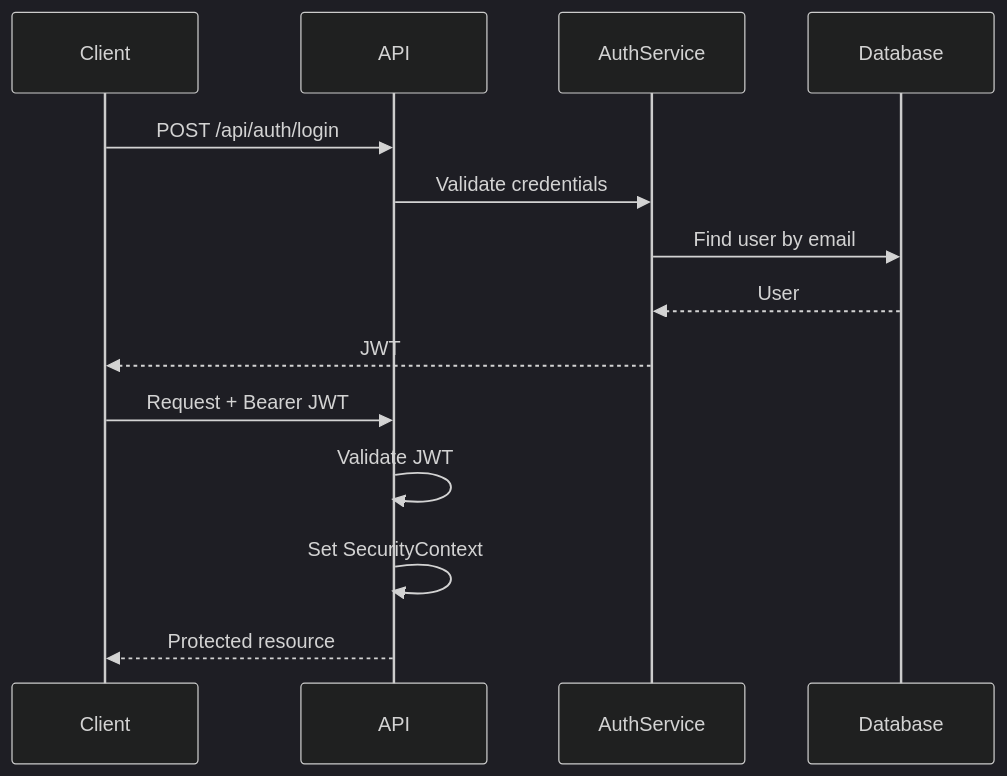
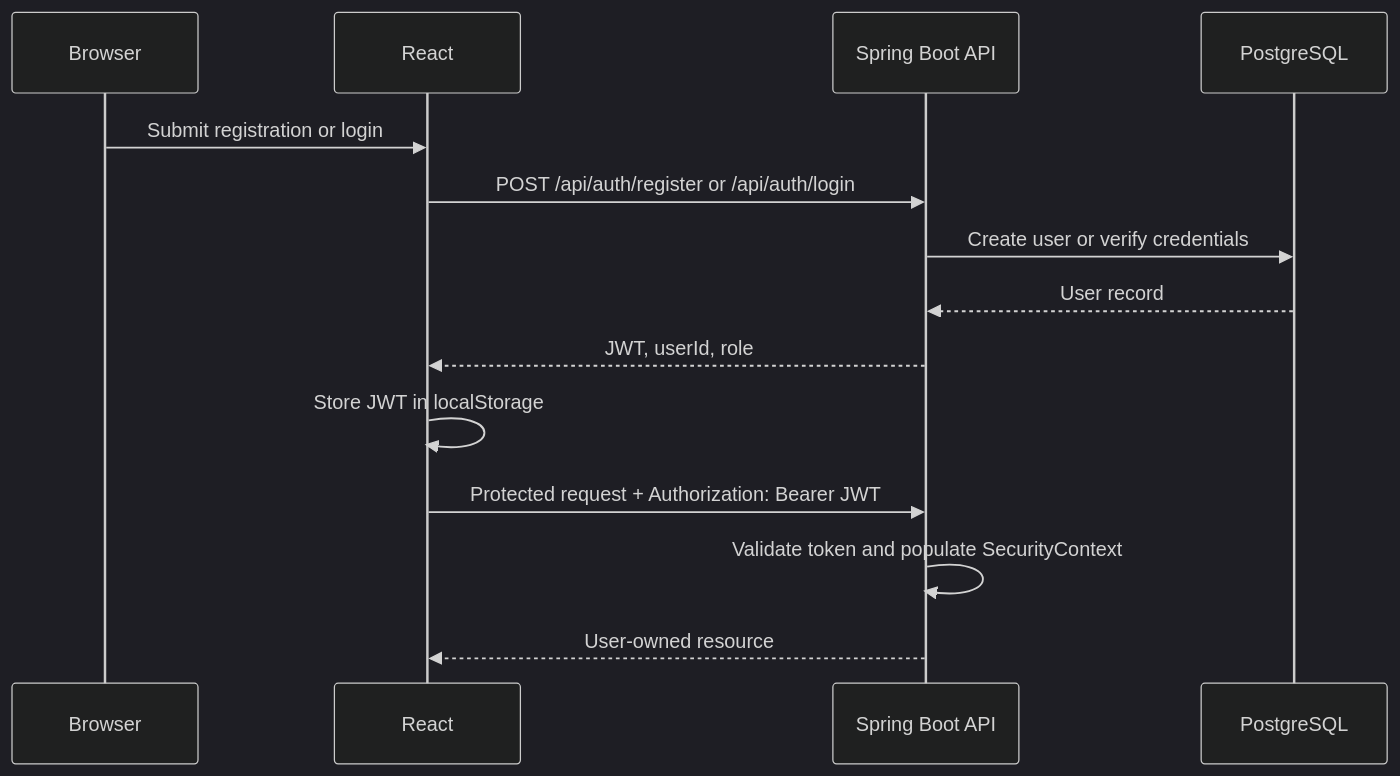
The third of 3 diagrams in README.md (hsiao0207/PatAPet), drawn with Mermaid (dark theme) before and after one commit. The commit also changed other lines of this file, not shown here.

````diff
--- a/README.md
+++ b/README.md
@@ -111,18 +112,17 @@
 ```mermaid
 sequenceDiagram
-    participant Client
-    participant API
-    participant AuthService
-    participant Database
+    participant Browser
+    participant React
+    participant API as Spring Boot API
+    participant DB as PostgreSQL
 
-    Client->>API: POST /api/auth/login
-    API->>AuthService: Validate credentials
-    AuthService->>Database: Find user by email
-    Database-->>AuthService: User
-    AuthService-->>Client: JWT
-
-    Client->>API: Request + Bearer JWT
-    API->>API: Validate JWT
-    API->>API: Set SecurityContext
-    API-->>Client: Protected resource
+    Browser->>React: Submit registration or login
+    React->>API: POST /api/auth/register or /api/auth/login
+    API->>DB: Create user or verify credentials
+    DB-->>API: User record
+    API-->>React: JWT, userId, role
+    React->>React: Store JWT in localStorage
+    React->>API: Protected request + Authorization: Bearer JWT
+    API->>API: Validate token and populate SecurityContext
+    API-->>React: User-owned resource
 ```
````
